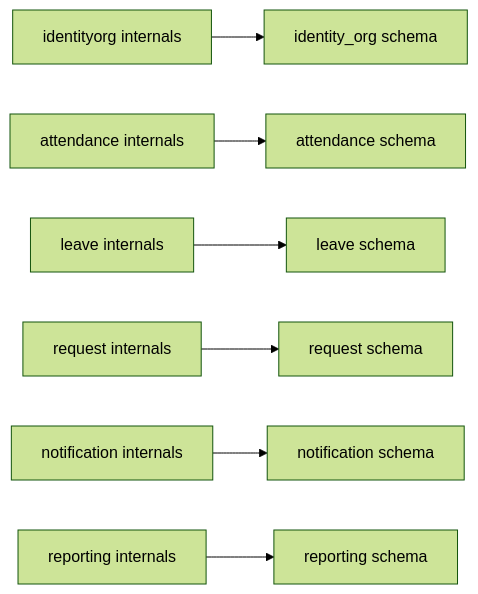
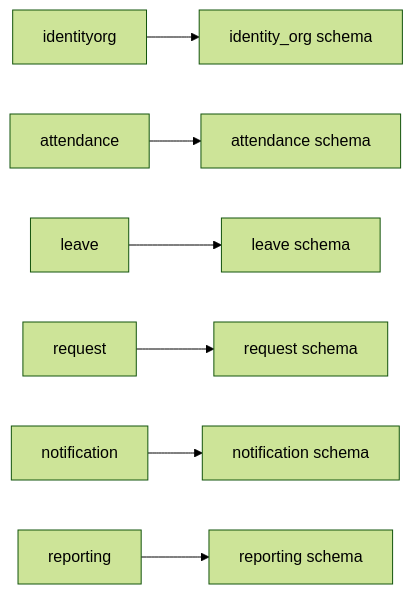
Before and after one commit to sakkol-git/meakea-attendance-tractker-microservice: the second of 4 diagrams in docs/roadmap/ARCHITECTURE-REVIEW-V2.md, drawn with Mermaid (forest theme). The commit also changed other lines of this file and 14 other files, not shown here.

````diff
--- a/docs/roadmap/ARCHITECTURE-REVIEW-V2.md
+++ b/docs/roadmap/ARCHITECTURE-REVIEW-V2.md
@@ -61,9 +87,9 @@
 ```mermaid
 flowchart LR
-    I["identityorg internals"] --> DI["identity_org schema"]
-    A["attendance internals"] --> DA["attendance schema"]
-    L["leave internals"] --> DL["leave schema"]
-    Q["request internals"] --> DQ["request schema"]
-    N["notification internals"] --> DN["notification schema"]
-    R["reporting internals"] --> DR["reporting schema"]
+    I["identityorg"] --> DI["identity_org schema"]
+    A["attendance"] --> DA["attendance schema"]
+    L["leave"] --> DL["leave schema"]
+    Q["request"] --> DQ["request schema"]
+    N["notification"] --> DN["notification schema"]
+    R["reporting"] --> DR["reporting schema"]
 ```
````
